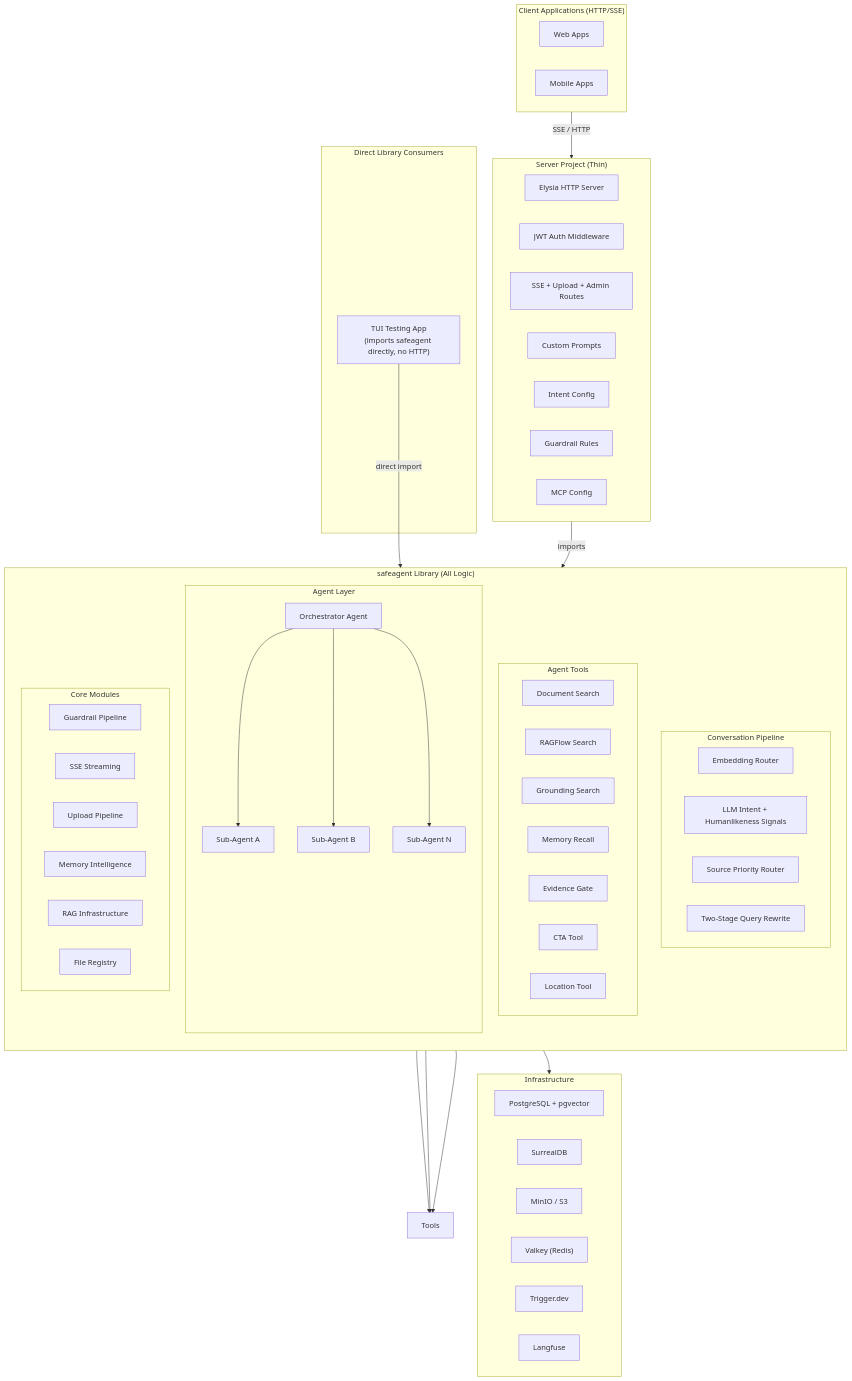
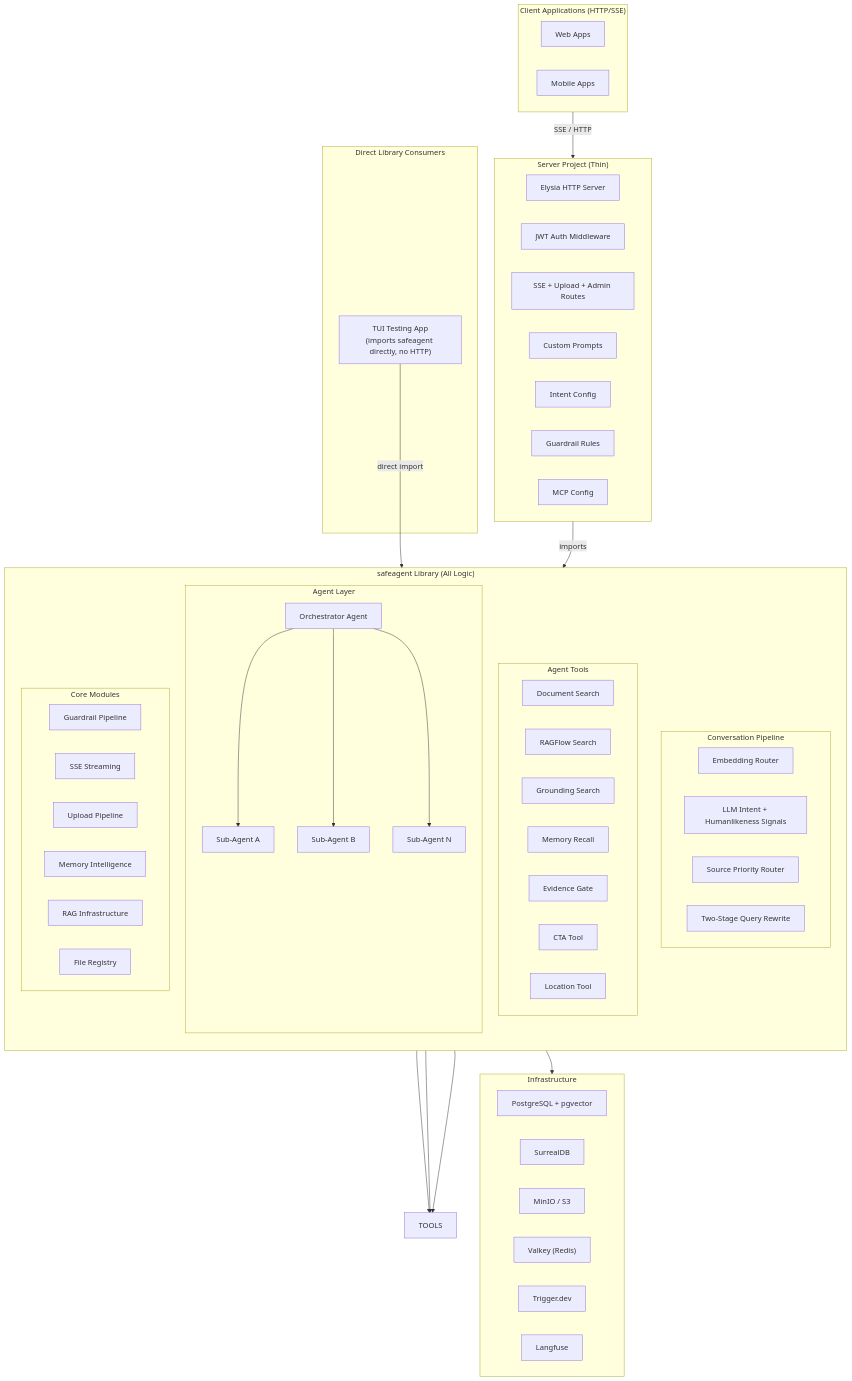
Before and after one commit to 1qh/safeagent: the first of 3 diagrams in plan/overview.md, drawn with Mermaid. The commit also changed other lines of this file and 7 other files, not shown here.

Commit message:
plan: fix cross-ref title consistency, shorthand labels, and remaining Mermaid IDs

````diff
--- a/plan/overview.md
+++ b/plan/overview.md
@@ -13,73 +13,73 @@
 ```mermaid
 graph TB
     subgraph CLIENT_APPLICATIONS["Client Applications (HTTP/SSE)"]
         WEB["Web Apps"]
         MOB["Mobile Apps"]
     end
 
     subgraph DIRECT_LIBRARY_CONSUMERS["Direct Library Consumers"]
         TUI["TUI Testing App\n(imports safeagent directly, no HTTP)"]
     end
 
     subgraph SERVER_PROJECT["Server Project (Thin)"]
         ELYSIA["Elysia HTTP Server"]
         AUTH["JWT Auth Middleware"]
         ROUTES["SSE + Upload + Admin Routes"]
         PROMPTS["Custom Prompts"]
         INTENTS["Intent Config"]
         GUARD_RULES["Guardrail Rules"]
         MCP_CONF["MCP Config"]
     end
 
     subgraph SAFEAGENT_LIBRARY["safeagent Library (All Logic)"]
         direction TB
         subgraph CONVERSATION_PIPELINE["Conversation Pipeline"]
             EMB_ROUTER["Embedding Router"]
             LLM_VALID["LLM Intent + Humanlikeness Signals"]
             SRC_ROUTER["Source Priority Router"]
             REWRITE["Two-Stage Query Rewrite"]
         end
 
         subgraph AGENT_LAYER["Agent Layer"]
             ORCH["Orchestrator Agent"]
             SUB_A["Sub-Agent A"]
             SUB_B["Sub-Agent B"]
             SUB_N["Sub-Agent N"]
         end
 
         subgraph AGENT_TOOLS["Agent Tools"]
             DOC_SEARCH["Document Search"]
             RAGFLOW["RAGFlow Search"]
             GROUND["Grounding Search"]
             MEM_RECALL["Memory Recall"]
             EVIDENCE["Evidence Gate"]
             CTA_TOOL["CTA Tool"]
             LOCATION_TOOL["Location Tool"]
         end
 
         subgraph CORE_MODULES["Core Modules"]
             GUARD["Guardrail Pipeline"]
             STREAM["SSE Streaming"]
             UPLOAD["Upload Pipeline"]
             MEMORY["Memory Intelligence"]
             RAG["RAG Infrastructure"]
             FILE_REG["File Registry"]
         end
     end
 
     subgraph INFRASTRUCTURE_LAYER["Infrastructure"]
         PG["PostgreSQL + pgvector"]
         SURREAL["SurrealDB"]
         OBJECT_STORAGE_BUCKET["MinIO / S3"]
         VALKEY["Valkey (Redis)"]
         TRIGGER["Trigger.dev"]
         LANGFUSE["Langfuse"]
     end
 
     CLIENT_APPLICATIONS -->|SSE / HTTP| SERVER_PROJECT
     TUI -->|direct import| SAFEAGENT_LIBRARY
     SERVER_PROJECT -->|imports| SAFEAGENT_LIBRARY
     SAFEAGENT_LIBRARY --> INFRASTRUCTURE_LAYER
     ORCH --> SUB_A & SUB_B & SUB_N
-    SUB_A & SUB_B & SUB_N --> Tools
+    SUB_A & SUB_B & SUB_N --> TOOLS
 ```
````
